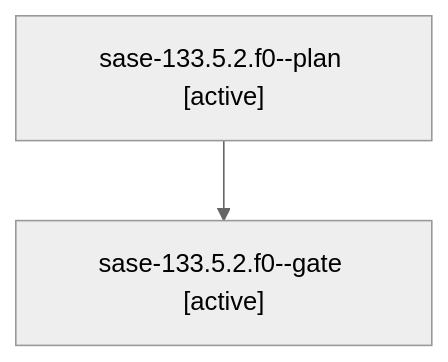
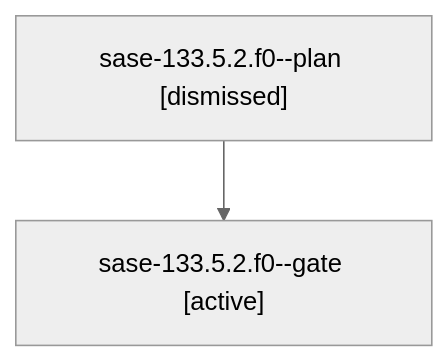
Before and after one commit to sase-org/sase--agents: the diagram in sessions/bbugyi200.athena.sase-133.5.2.f0.md, drawn with Mermaid (neutral theme). The commit also changed other lines of this file and 219 other files, not shown here.

````diff
--- a/sessions/bbugyi200.athena.sase-133.5.2.f0.md
+++ b/sessions/bbugyi200.athena.sase-133.5.2.f0.md
@@ -9,6 +9,6 @@
 ```mermaid
 flowchart TD
-  n0["sase-133.5.2.f0--plan [active]"]
+  n0["sase-133.5.2.f0--plan [dismissed]"]
   n1["sase-133.5.2.f0--gate [active]"]
   n0 --> n1
 ```
````
